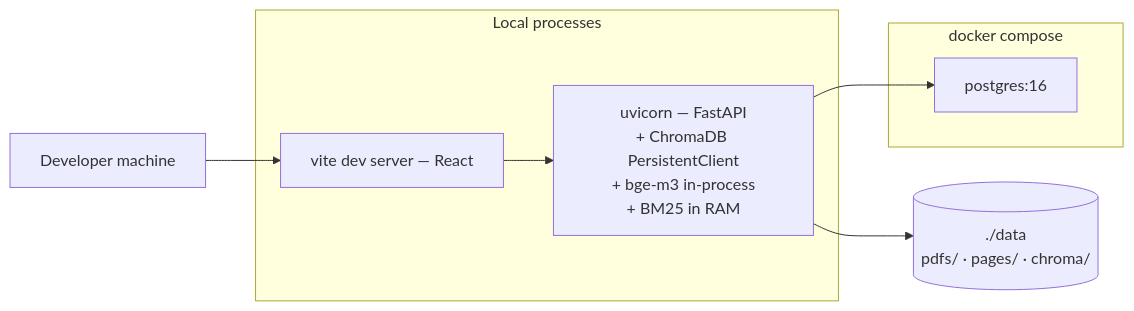
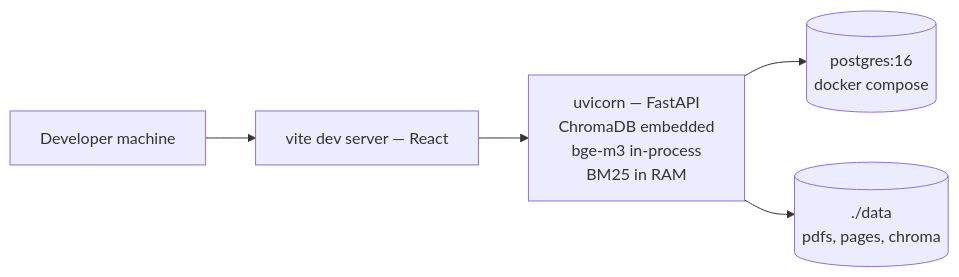
One commit to Sem512/Amh_Retriever changed the fifth of 5 diagrams in ARCHITECTURE.md. Above: the diagram before and after it, drawn with Mermaid. The commit also changed other lines of this file, not shown here.

First line of the commit message:
Replace fragile Mermaid constructs so diagrams render on GitHub

````diff
--- a/ARCHITECTURE.md
+++ b/ARCHITECTURE.md
@@ -548,14 +576,12 @@
 ```mermaid
 flowchart LR
     DEV["Developer machine"]
-    subgraph compose["docker compose"]
-        PGC["postgres:16"]
-    end
-    subgraph proc["Local processes"]
-        API["uvicorn — FastAPI<br/>+ ChromaDB PersistentClient<br/>+ bge-m3 in-process<br/>+ BM25 in RAM"]
-        WEB["vite dev server — React"]
-    end
-    DATA[("./data<br/>pdfs/ · pages/ · chroma/")]
-    DEV --> WEB --> API --> PGC
+    WEB["vite dev server — React"]
+    API["uvicorn — FastAPI<br/>ChromaDB embedded<br/>bge-m3 in-process<br/>BM25 in RAM"]
+    PGC[("postgres:16<br/>docker compose")]
+    DATA[("./data<br/>pdfs, pages, chroma")]
+
+    DEV --> WEB --> API
+    API --> PGC
     API --> DATA
 ```
````
